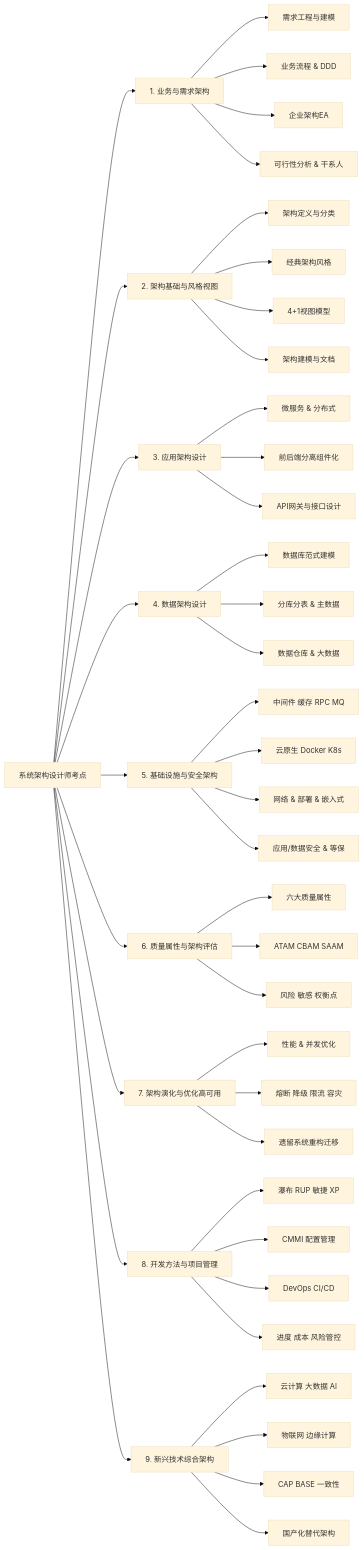
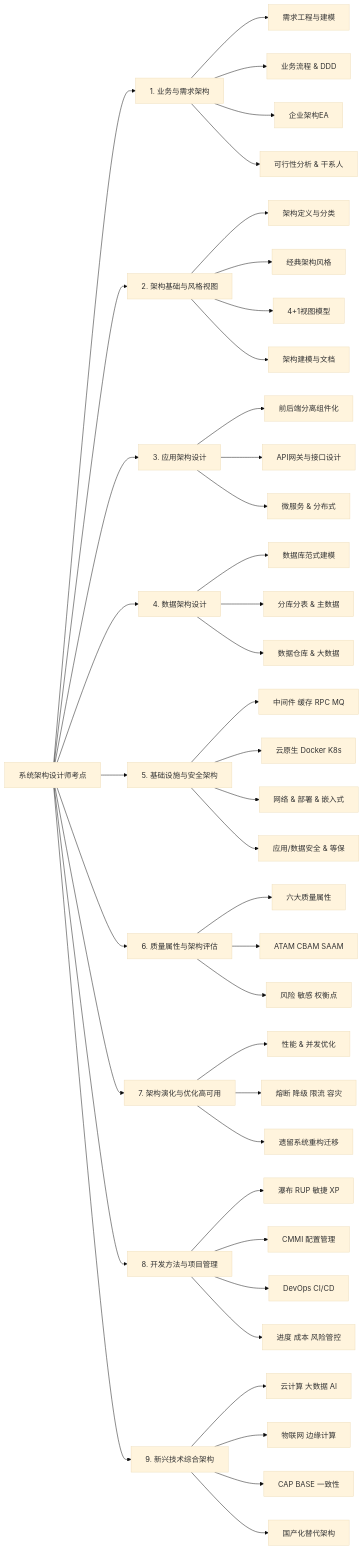
The diagram in plan.md (JaxNext/architect-exam), drawn with Mermaid (base theme) before and after one commit. The commit also changed other lines of this file and 6 other files, not shown here.

First line of the commit message:
docs: update exam preparation materials and add AI architecture papers

````diff
--- a/plan.md
+++ b/plan.md
@@ -64,53 +64,53 @@
 ```mermaid
 graph LR
     A[系统架构设计师考点] --> B1[1. 业务与需求架构]
     A --> B2[2. 架构基础与风格视图]
     A --> B3[3. 应用架构设计]
     A --> B4[4. 数据架构设计]
     A --> B5[5. 基础设施与安全架构]
     A --> B6[6. 质量属性与架构评估]
     A --> B7[7. 架构演化与优化高可用]
     A --> B8[8. 开发方法与项目管理]
     A --> B9[9. 新兴技术综合架构]
 
     B1 --> C1[需求工程与建模]
     B1 --> C2[业务流程 & DDD]
     B1 --> C3[企业架构EA]
     B1 --> C4[可行性分析 & 干系人]
 
     B2 --> C5[架构定义与分类]
     B2 --> C6[经典架构风格]
     B2 --> C7[4+1视图模型]
     B2 --> C8[架构建模与文档]
 
-    B3 --> C9[微服务 & 分布式]
     B3 --> C10[前后端分离组件化]
     B3 --> C11[API网关与接口设计]
+    B3 --> C9[微服务 & 分布式]
 
     B4 --> C12[数据库范式建模]
     B4 --> C13[分库分表 & 主数据]
     B4 --> C14[数据仓库 & 大数据]
 
     B5 --> C15[中间件 缓存 RPC MQ]
     B5 --> C16[云原生 Docker K8s]
     B5 --> C17[网络 & 部署 & 嵌入式]
     B5 --> C18[应用/数据安全 & 等保]
 
     B6 --> C19[六大质量属性]
     B6 --> C20[ATAM CBAM SAAM]
     B6 --> C21[风险 敏感 权衡点]
 
     B7 --> C22[性能 & 并发优化]
     B7 --> C23[熔断 降级 限流 容灾]
     B7 --> C24[遗留系统重构迁移]
 
     B8 --> C25[瀑布 RUP 敏捷 XP]
     B8 --> C26[CMMI 配置管理]
     B8 --> C27[DevOps CI/CD]
     B8 --> C28[进度 成本 风险管控]
 
     B9 --> C29[云计算 大数据 AI]
     B9 --> C30[物联网 边缘计算]
     B9 --> C31[CAP BASE 一致性]
     B9 --> C32[国产化替代架构]
 ```
````
